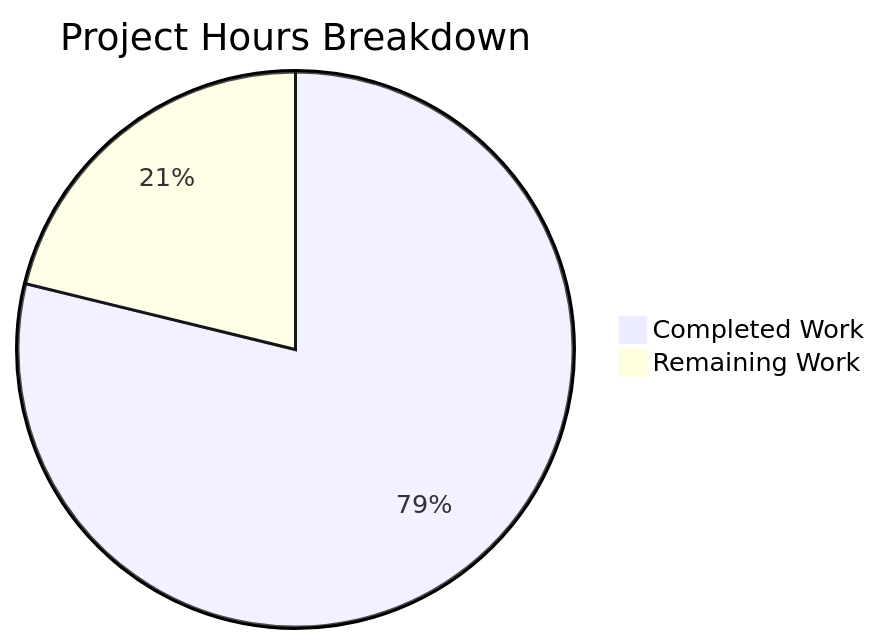
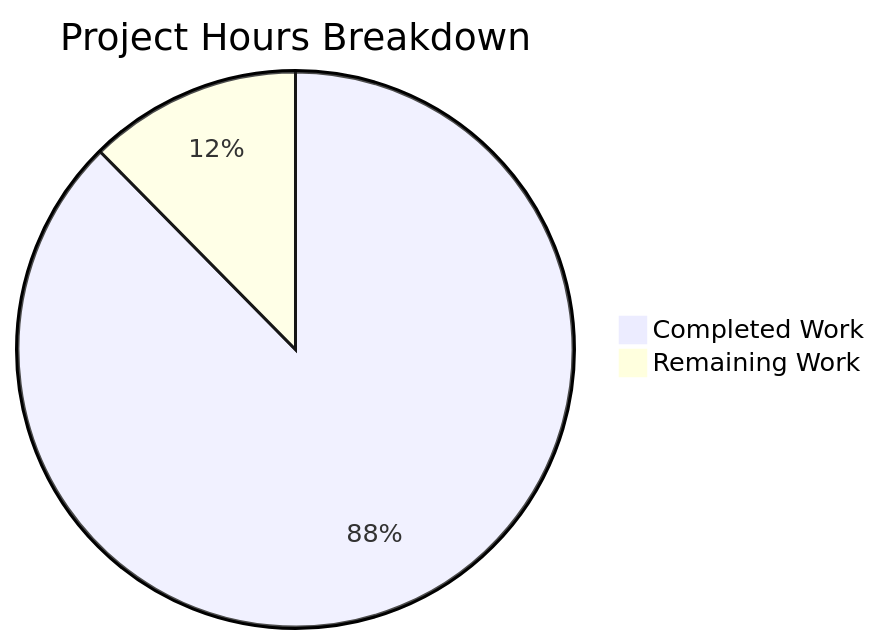
The second of 2 diagrams in blitzy/documentation/Project Guide.md (Blitzy-Sandbox/blitzy-cal), drawn with Mermaid before and after one commit. The commit also changed other lines of this file, not shown here.

Commit message:
Adding Blitzy Project Guide: Project Status and Human Tasks Remaining

````diff
--- a/blitzy/documentation/Project Guide.md
+++ b/blitzy/documentation/Project Guide.md
@@ -203,5 +221,5 @@
 ```mermaid
 pie title Project Hours Breakdown
-    "Completed Work" : 119
-    "Remaining Work" : 32
+    "Completed Work" : 106
+    "Remaining Work" : 15
 ```
````
